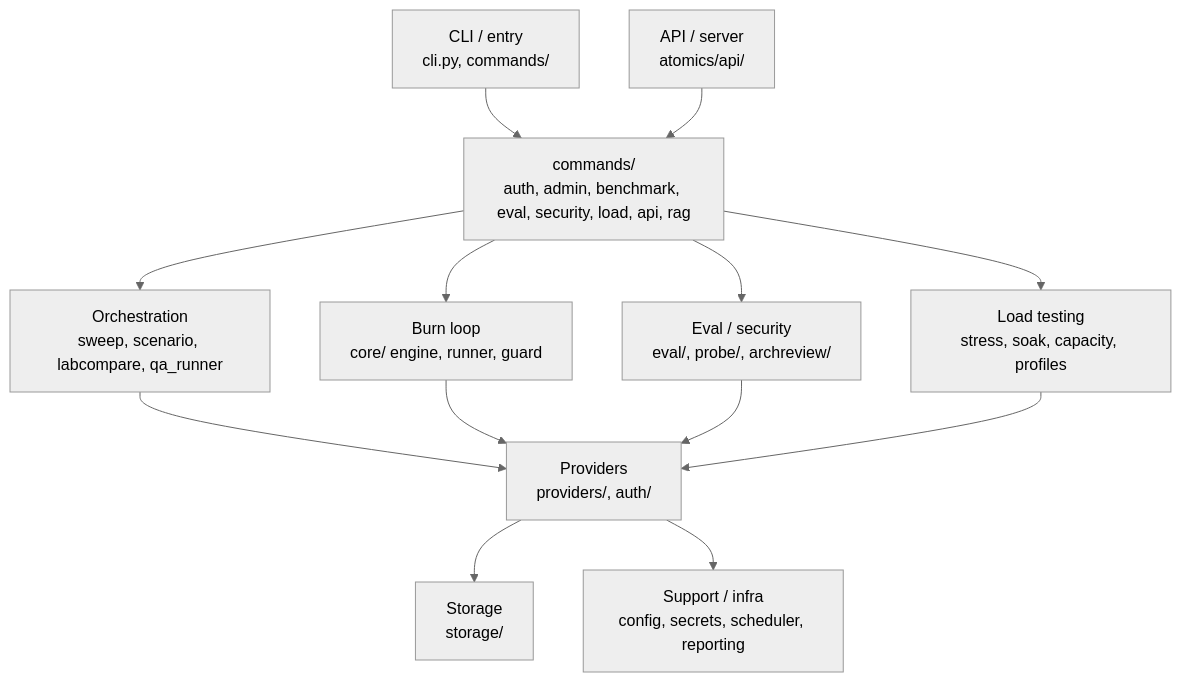
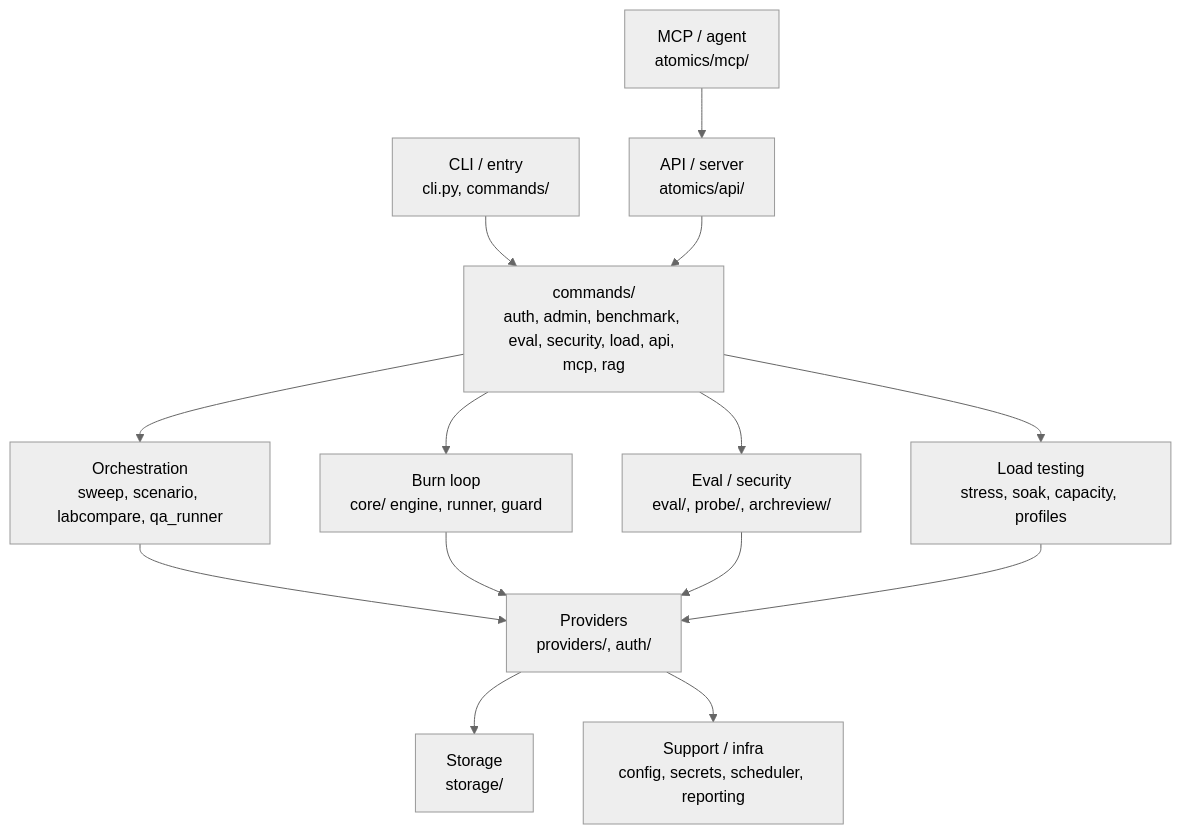
The diagram in ARCHITECTURE.md (babywyrm/stoneburner), drawn with Mermaid (neutral theme) before and after one commit. The commit also changed other lines of this file and 12 other files, not shown here.

````diff
--- a/ARCHITECTURE.md
+++ b/ARCHITECTURE.md
@@ -33,15 +34,16 @@
 ```mermaid
 flowchart TB
-    CLI["CLI / entry\ncli.py, commands/"] --> Commands["commands/\nauth, admin, benchmark, eval, security, load, api, rag"]
+    CLI["CLI / entry\ncli.py, commands/"] --> Commands["commands/\nauth, admin, benchmark, eval, security, load, api, mcp, rag"]
     API["API / server\natomics/api/"] --> Commands
+    MCP["MCP / agent\natomics/mcp/"] --> API
     Commands --> Orchestration["Orchestration\nsweep, scenario, labcompare, qa_runner"]
     Commands --> Burn["Burn loop\ncore/ engine, runner, guard"]
     Commands --> Eval["Eval / security\neval/, probe/, archreview/"]
     Commands --> Load["Load testing\nstress, soak, capacity, profiles"]
     Orchestration --> Providers
     Burn --> Providers
     Eval --> Providers
     Load --> Providers
     Providers["Providers\nproviders/, auth/"] --> Storage["Storage\nstorage/"]
     Providers --> Support["Support / infra\nconfig, secrets, scheduler, reporting"]
 ```
````
